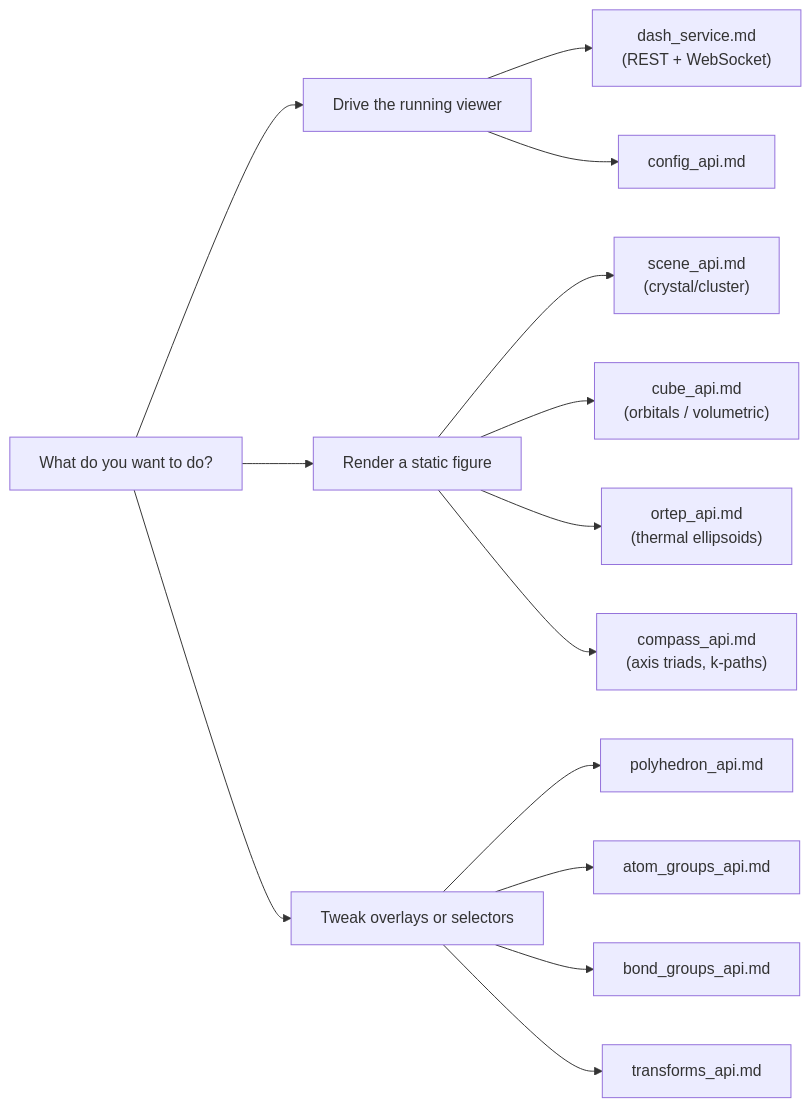
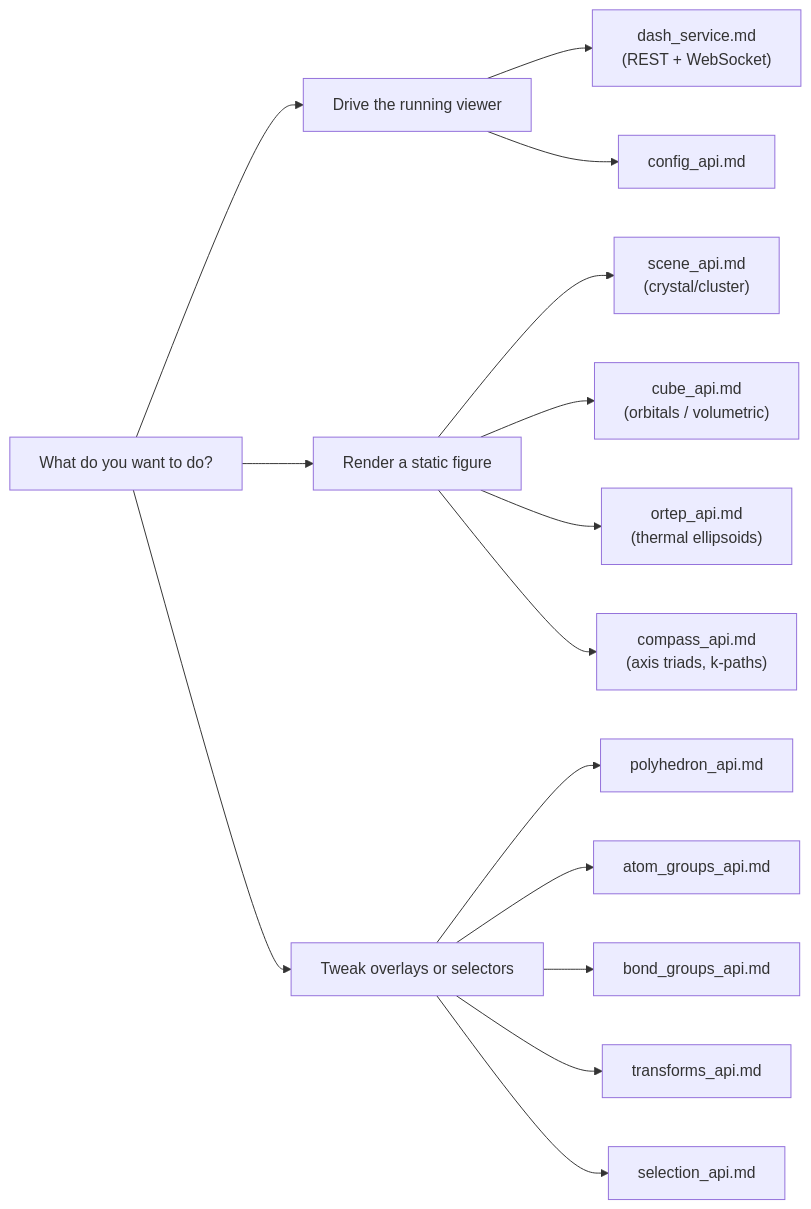
Before and after one commit to SchrodingersCattt/MatterVis: the first of 2 diagrams in agents/README.md, drawn with Mermaid. The commit also changed other lines of this file and 18 other files, not shown here.

````diff
--- a/agents/README.md
+++ b/agents/README.md
@@ -13,20 +13,21 @@
 ```mermaid
 flowchart LR
     Q["What do you want to do?"]
     Q --> LIVE["Drive the running viewer"]
     Q --> STATIC["Render a static figure"]
     Q --> OVERLAY["Tweak overlays or selectors"]
 
     LIVE --> DASH["dash_service.md<br/>(REST + WebSocket)"]
 
     STATIC --> SCENE["scene_api.md<br/>(crystal/cluster)"]
     STATIC --> CUBE["cube_api.md<br/>(orbitals / volumetric)"]
     STATIC --> ORTEP["ortep_api.md<br/>(thermal ellipsoids)"]
     STATIC --> COMPASS["compass_api.md<br/>(axis triads, k-paths)"]
 
     OVERLAY --> POLY["polyhedron_api.md"]
     OVERLAY --> AG["atom_groups_api.md"]
     OVERLAY --> BG["bond_groups_api.md"]
     OVERLAY --> TR["transforms_api.md"]
+    OVERLAY --> SEL["selection_api.md"]
     LIVE --> CONFIG["config_api.md"]
 ```
````
